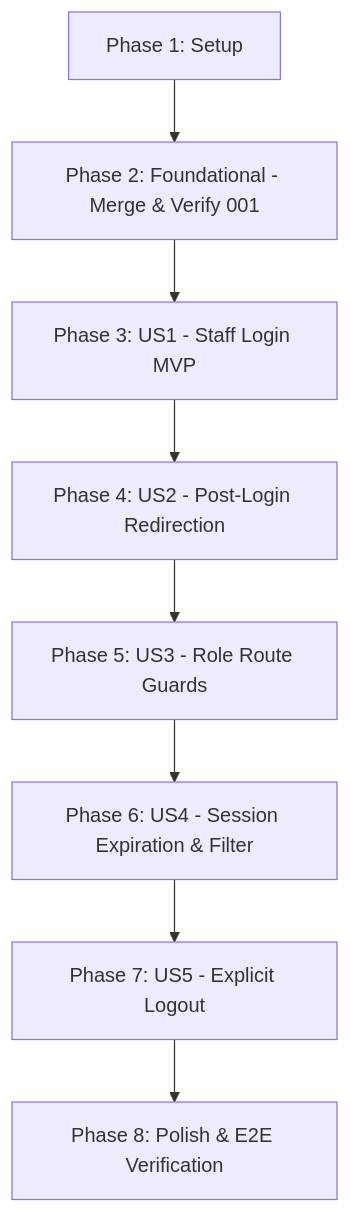
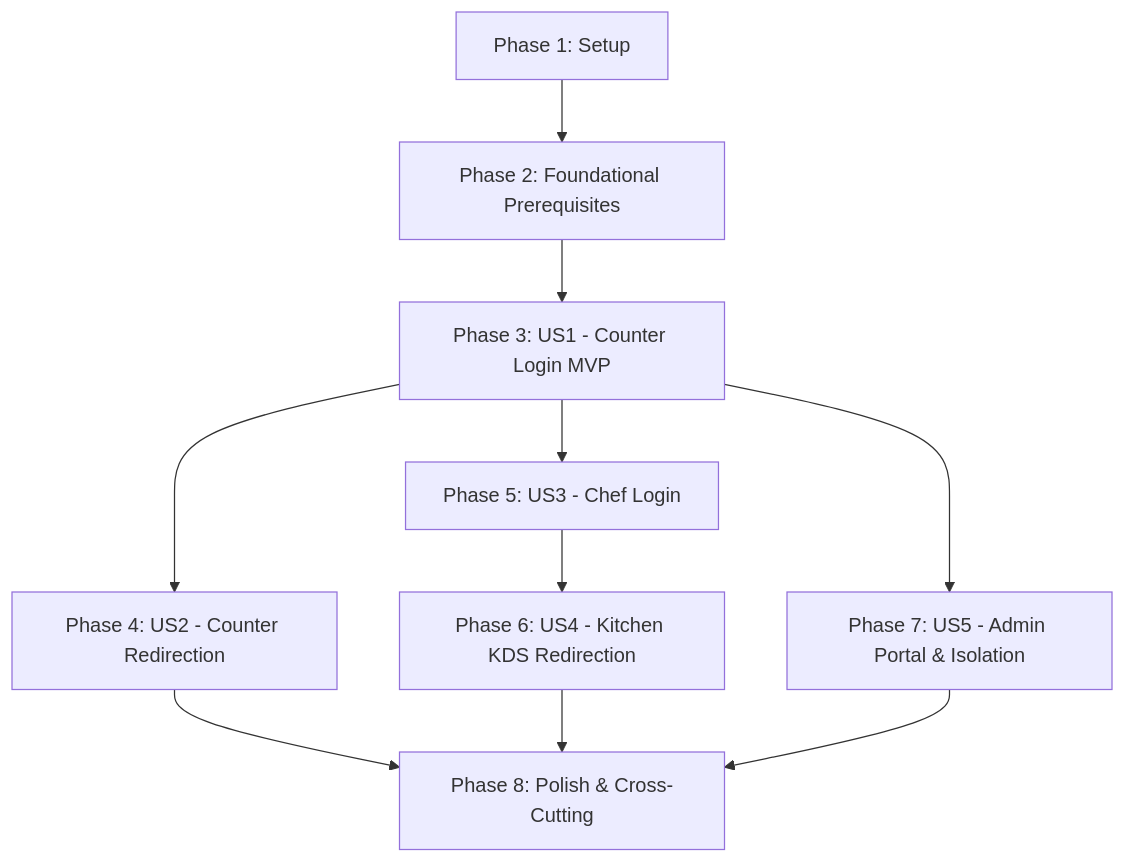
The diagram in specs/002-staff-auth-redirect-guards/tasks.md (ValentinoCarmonaS/G12---GDSI), drawn with Mermaid before and after one commit. The commit also changed other lines of this file, not shown here.

````diff
--- a/specs/002-staff-auth-redirect-guards/tasks.md
+++ b/specs/002-staff-auth-redirect-guards/tasks.md
@@ -180,10 +176,12 @@
 ```mermaid
 flowchart TD
-    Phase1[Phase 1: Setup] --> Phase2[Phase 2: Foundational - Merge & Verify 001]
-    Phase2 --> Phase3[Phase 3: US1 - Staff Login MVP]
-    Phase3 --> Phase4[Phase 4: US2 - Post-Login Redirection]
-    Phase4 --> Phase5[Phase 5: US3 - Role Route Guards]
-    Phase5 --> Phase6[Phase 6: US4 - Session Expiration & Filter]
-    Phase6 --> Phase7[Phase 7: US5 - Explicit Logout]
-    Phase7 --> Phase8[Phase 8: Polish & E2E Verification]
+    Phase1[Phase 1: Setup] --> Phase2[Phase 2: Foundational Prerequisites]
+    Phase2 --> Phase3[Phase 3: US1 - Counter Login MVP]
+    Phase3 --> Phase4[Phase 4: US2 - Counter Redirection]
+    Phase3 --> Phase5[Phase 5: US3 - Chef Login]
+    Phase5 --> Phase6[Phase 6: US4 - Kitchen KDS Redirection]
+    Phase3 --> Phase7[Phase 7: US5 - Admin Portal & Isolation]
+    Phase4 --> Phase8[Phase 8: Polish & Cross-Cutting]
+    Phase6 --> Phase8
+    Phase7 --> Phase8
 ```
````
